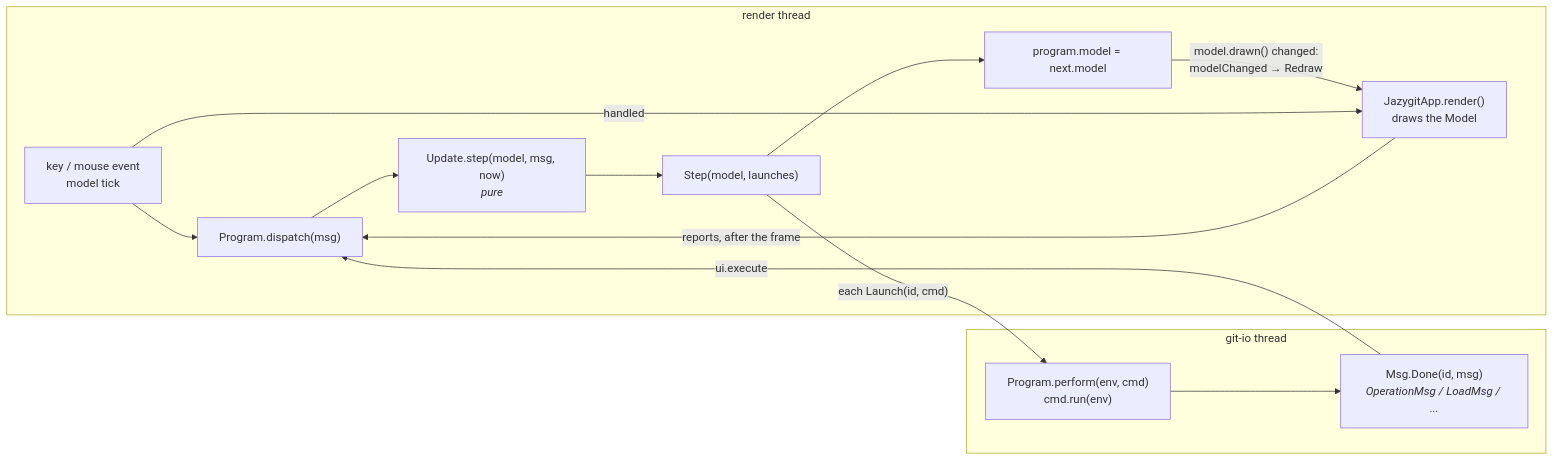
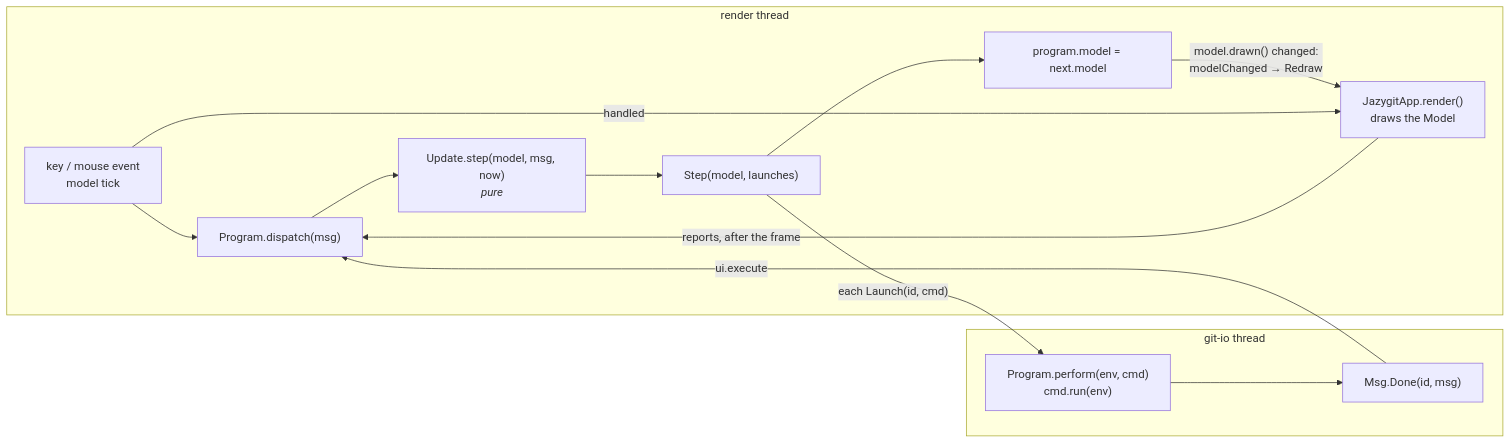
Before and after one commit to cvanfleteren/jazygit: the second of 4 diagrams in ARCHITECTURE.md, drawn with Mermaid. The commit also changed other lines of this file and 1 other file, not shown here.

First line of the commit message:
ARCHITECTURE.md is a short map of the shape, not a description of features (#450)

````diff
--- a/ARCHITECTURE.md
+++ b/ARCHITECTURE.md
@@ -643,17 +113,17 @@
 ```mermaid
 flowchart LR
     subgraph render["render thread"]
         Event["key / mouse event<br/>model tick"] --> Dispatch["Program.dispatch(msg)"]
         Dispatch --> Update["Update.step(model, msg, now)<br/><i>pure</i>"]
         Update --> Next["Step(model, launches)"]
         Next --> Store["program.model = next.model"]
         Store -- "model.drawn() changed:<br/>modelChanged → Redraw" --> Render["JazygitApp.render()<br/>draws the Model"]
         Event -- "handled" --> Render
         Render -- "reports, after the frame" --> Dispatch
     end
     subgraph io["git-io thread"]
-        Perform["Program.perform(env, cmd)<br/>cmd.run(env)"] --> Result["Msg.Done(id, msg)<br/><i>OperationMsg / LoadMsg / ...</i>"]
+        Perform["Program.perform(env, cmd)<br/>cmd.run(env)"] --> Result["Msg.Done(id, msg)"]
     end
     Next -- "each Launch(id, cmd)" --> Perform
     Result -- "ui.execute" --> Dispatch
 ```
````
